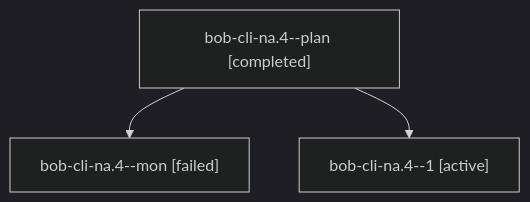
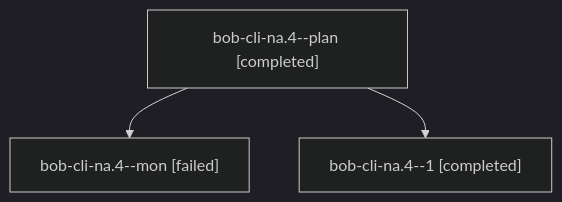
Before and after one commit to bobs-org/bob-cli--agents: the diagram in sessions/bbugyi200.apollo.bob-cli-na.4.md, drawn with Mermaid (dark theme). The commit also changed other lines of this file and 27 other files, not shown here.

````diff
--- a/sessions/bbugyi200.apollo.bob-cli-na.4.md
+++ b/sessions/bbugyi200.apollo.bob-cli-na.4.md
@@ -9,8 +9,8 @@
 ```mermaid
 flowchart TD
   n0["bob-cli-na.4--plan [completed]"]
   n1["bob-cli-na.4--mon [failed]"]
   n0 --> n1
-  n2["bob-cli-na.4--1 [active]"]
+  n2["bob-cli-na.4--1 [completed]"]
   n0 --> n2
 ```
````
